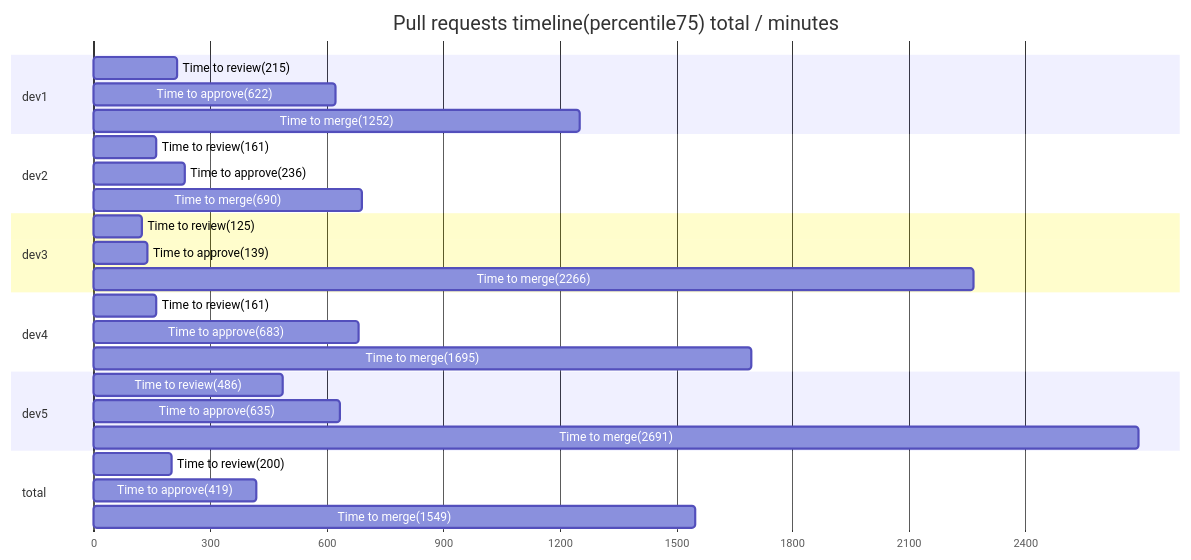
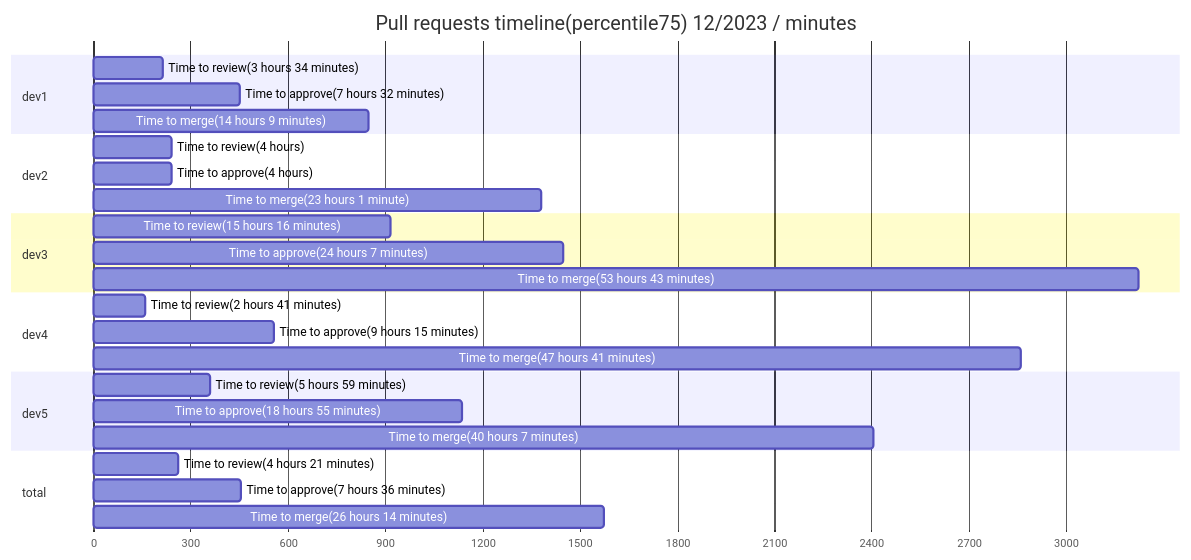
One commit to AlexSim93/pull-request-analytics-action changed the first of 2 diagrams in README.md. Above: the diagram before and after it, drawn with Mermaid. The commit also changed other lines of this file, not shown here.

````diff
--- a/README.md
+++ b/README.md
@@ -37,35 +36,36 @@
 ```mermaid
 gantt
-title Pull requests timeline(percentile75) total / minutes
+title Pull requests timeline(percentile75) 12/2023 / minutes
 dateFormat X
 axisFormat %s
 section dev1
-Time to review(215) : 0, 215
-Time to approve(622) : 0, 622
-Time to merge(1252) : 0, 1252
+Time to review(3 hours 34 minutes) :  0, 214
+Time to approve(7 hours 32 minutes) :  0, 452
+Time to merge(14 hours 9 minutes) :  0, 849
 
 section dev2
-Time to review(161) : 0, 161
-Time to approve(236) : 0, 236
-Time to merge(690) : 0, 690
+Time to review(4 hours) :  0, 240
+Time to approve(4 hours) :  0, 240
+Time to merge(23 hours 1 minute) :  0, 1381
 
 section dev3
-Time to review(125) : 0, 125
-Time to approve(139) : 0, 139
-Time to merge(2266) : 0, 2266
+Time to review(15 hours 16 minutes) :  0, 916
+Time to approve(24 hours 7 minutes) :  0, 1447
+Time to merge(53 hours 43 minutes) :  0, 3223
 
 section dev4
-Time to review(161) : 0, 161
-Time to approve(683) : 0, 683
-Time to merge(1695) : 0, 1695
+Time to review(2 hours 41 minutes) :  0, 161
+Time to approve(9 hours 15 minutes) :  0, 555
+Time to merge(47 hours 41 minutes) :  0, 2861
 
 section dev5
-Time to review(486) : 0, 486
-Time to approve(635) : 0, 635
-Time to merge(2691) : 0, 2691
+Time to review(5 hours 59 minutes) :  0, 359
+Time to approve(18 hours 55 minutes) :  0, 1135
+Time to merge(40 hours 7 minutes) :  0, 2407
 
 section total
-Time to review(200) : 0, 200
-Time to approve(419) : 0, 419
-Time to merge(1549) : 0, 1549
+Time to review(4 hours 21 minutes) :  0, 261
+Time to approve(7 hours 36 minutes) :  0, 456
+Time to merge(26 hours 14 minutes) :  0, 1574
+
 ```
````
